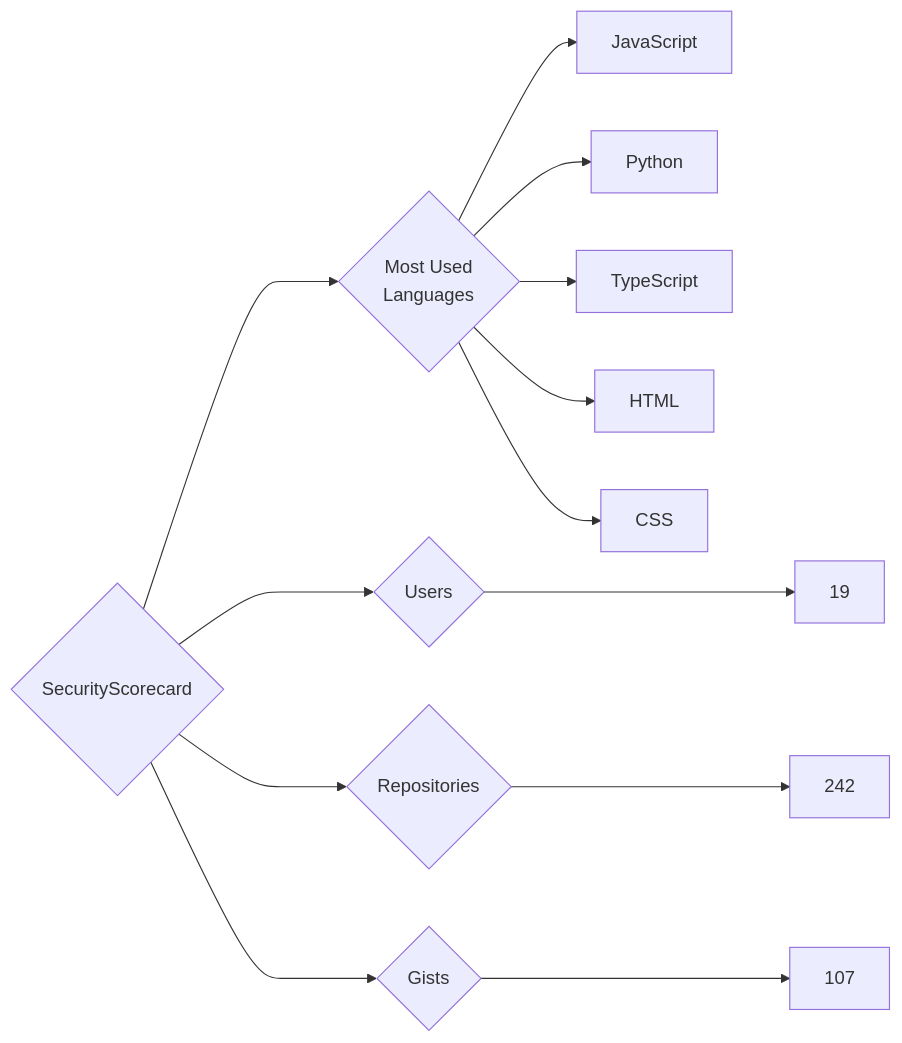
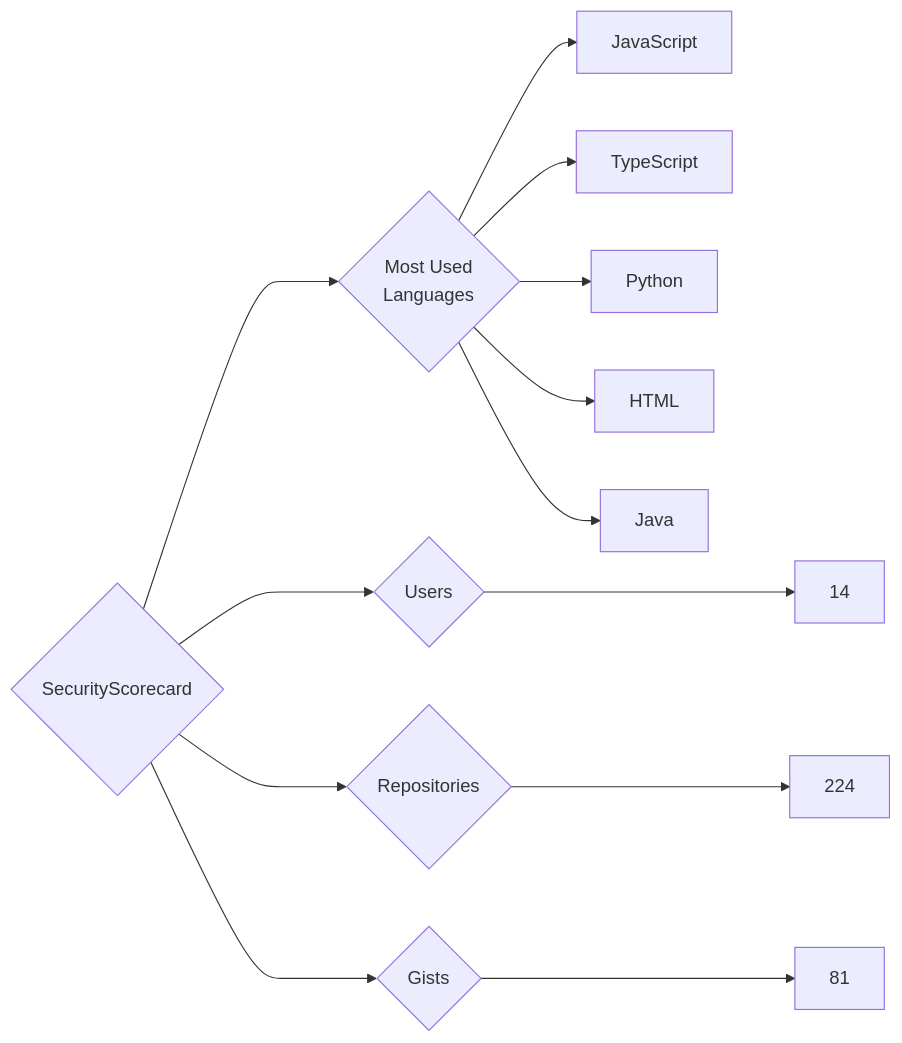
One commit to trickest/insiders changed the diagram in targets/SecurityScorecard/README.md. Above: the diagram before and after it, drawn with Mermaid. The commit also changed 939 other files, not shown here.

````diff
--- a/targets/SecurityScorecard/README.md
+++ b/targets/SecurityScorecard/README.md
@@ -3,13 +3,13 @@
 ```mermaid
 graph LR
 COMPANY_NAME{SecurityScorecard}
-COMPANY_NAME ---> U{Users} ---> UN[19]
-COMPANY_NAME ---> R{Repositories} ---> RN[242]
-COMPANY_NAME ---> G{Gists} ---> GN[107]
+COMPANY_NAME ---> U{Users} ---> UN[14]
+COMPANY_NAME ---> R{Repositories} ---> RN[224]
+COMPANY_NAME ---> G{Gists} ---> GN[81]
 COMPANY_NAME ---> ML{Most Used<br>Languages}
 ML --> JavaScript[JavaScript]
+ML --> TypeScript[TypeScript]
 ML --> Python[Python]
-ML --> TypeScript[TypeScript]
 ML --> HTML[HTML]
-ML --> CSS[CSS]
+ML --> Java[Java]
 ```
````
